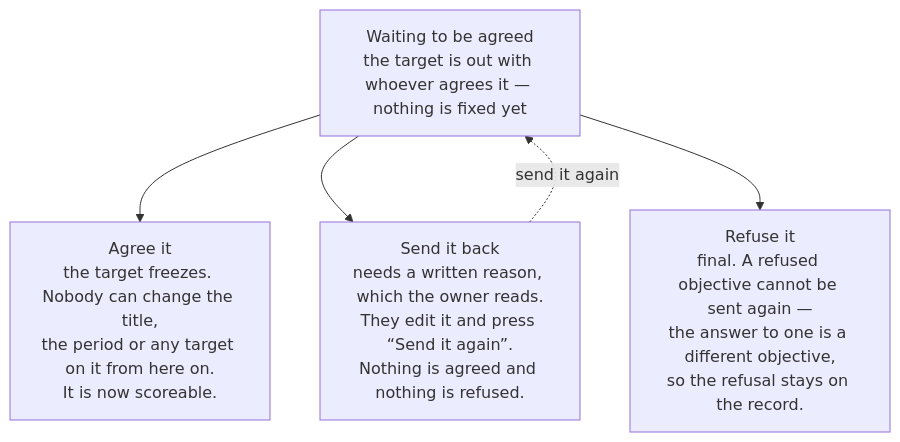
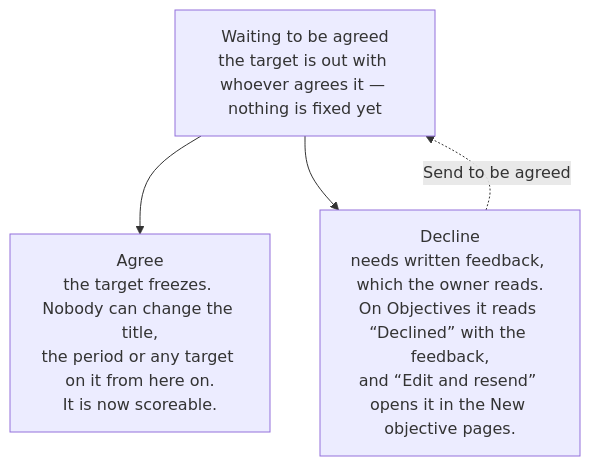
The second of 3 diagrams in docs/walkthroughs/performance.md (SchullGroup/approvehr-frontend-v2), drawn with Mermaid before and after one commit. The commit also changed other lines of this file and 21 other files, not shown here.

First line of the commit message:
feat(performance): Objectives to agree works like My approvals; Decline sends it back to be edited and resent

````diff
--- a/docs/walkthroughs/performance.md
+++ b/docs/walkthroughs/performance.md
@@ -976,8 +978,7 @@
 ```mermaid
 flowchart TD
   S["Waiting to be agreed<br/>the target is out with whoever agrees it — nothing is fixed yet"]
-  S --> A["Agree it<br/>the target freezes. Nobody can change the title,<br/>the period or any target on it from here on.<br/>It is now scoreable."]
-  S --> B["Send it back<br/>needs a written reason, which the owner reads.<br/>They edit it and press “Send it again”.<br/>Nothing is agreed and nothing is refused."]
-  S --> C["Refuse it<br/>final. A refused objective cannot be sent again —<br/>the answer to one is a different objective,<br/>so the refusal stays on the record."]
-  B -. "send it again" .-> S
+  S --> A["Agree<br/>the target freezes. Nobody can change the title,<br/>the period or any target on it from here on.<br/>It is now scoreable."]
+  S --> B["Decline<br/>needs written feedback, which the owner reads.<br/>On Objectives it reads “Declined” with the feedback,<br/>and “Edit and resend” opens it in the New objective pages."]
+  B -. "Send to be agreed" .-> S
 ```
````
